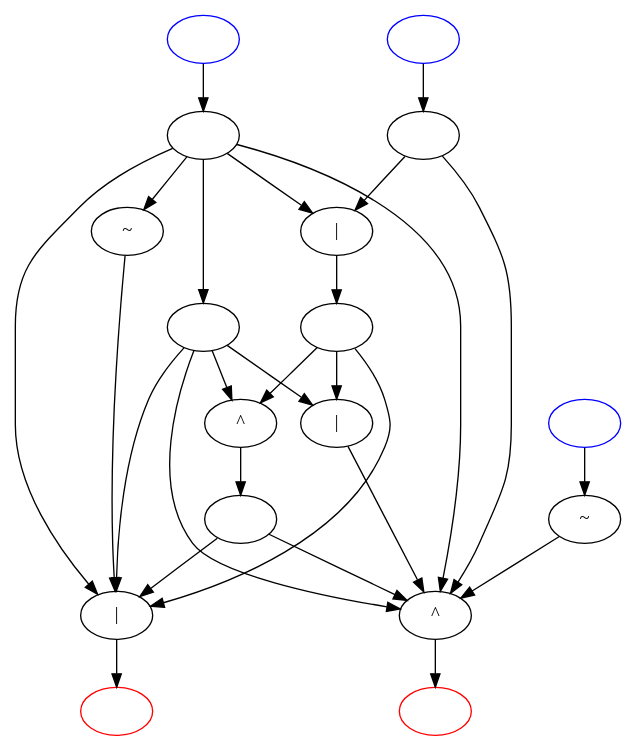
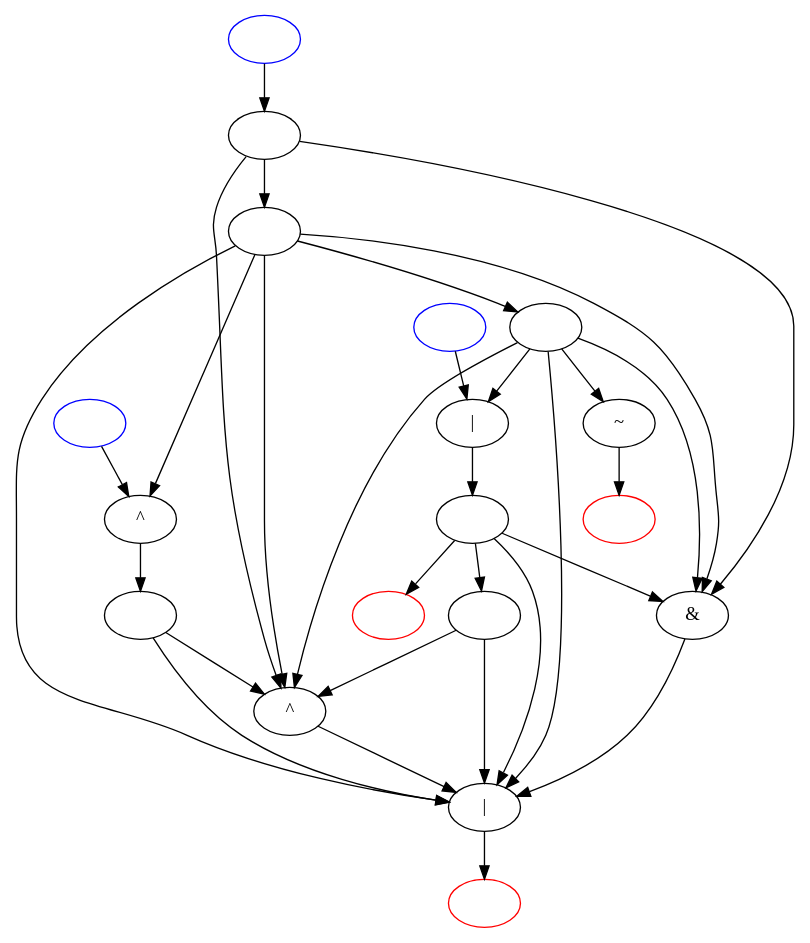
Before and after one commit to Martin-Masson/projet-graphs-python: the diagram in digraph.dot, drawn with Graphviz. The commit also changed 7 other files, not shown here.

```diff
--- a/digraph.dot
+++ b/digraph.dot
@@ -1,50 +1,56 @@
 digraph G {
-    v0 [label="~"];
-    v0 -> v9;
+    v0 [label=""];
+    v0 -> v1;
+    v0 -> v7;
+    v0 -> v8;
     v1 [label=""];
-    v1 -> v3;
-    v1 -> v4;
+    v1 -> v2;
     v1 -> v6;
     v1 -> v7;
+    v1 -> v8;
     v1 -> v9;
     v2 [label=""];
-    v2 -> v4;
+    v2 -> v3;
+    v2 -> v5;
+    v2 -> v7;
+    v2 -> v8;
     v2 -> v9;
-    v3 [label=""];
-    v3 -> v5;
-    v3 -> v7;
-    v3 -> v8;
-    v3 -> v9;
-    v4 [label="|"];
-    v4 -> v13;
-    v5 [label="^"];
-    v5 -> v14;
-    v6 [label="~"];
-    v6 -> v7;
-    v7 [label="|"];
-    v7 -> v15;
-    v8 [label="|"];
+    v3 [label="|"];
+    v3 -> v16;
+    v4 [label=""];
+    v4 -> v7;
+    v4 -> v9;
+    v5 [label="~"];
+    v5 -> v11;
+    v6 [label="^"];
+    v6 -> v17;
+    v7 [label="^"];
+    v7 -> v9;
+    v8 [label="&"];
     v8 -> v9;
-    v9 [label="^"];
-    v9 -> v16;
+    v9 [label="|"];
+    v9 -> v12;
     v10 [color=blue];
     v10 [label=""];
     v10 -> v0;
-    v11 [color=blue];
+    v11 [color=red];
     v11 [label=""];
-    v11 -> v1;
-    v12 [color=blue];
+    v12 [color=red];
     v12 [label=""];
-    v12 -> v2;
+    v13 [color=blue];
     v13 [label=""];
-    v13 -> v5;
-    v13 -> v7;
-    v13 -> v8;
+    v13 -> v3;
+    v14 [color=blue];
     v14 [label=""];
-    v14 -> v7;
-    v14 -> v9;
+    v14 -> v6;
     v15 [color=red];
     v15 [label=""];
-    v16 [color=red];
     v16 [label=""];
+    v16 -> v4;
+    v16 -> v8;
+    v16 -> v9;
+    v16 -> v15;
+    v17 [label=""];
+    v17 -> v7;
+    v17 -> v9;
 }
```
